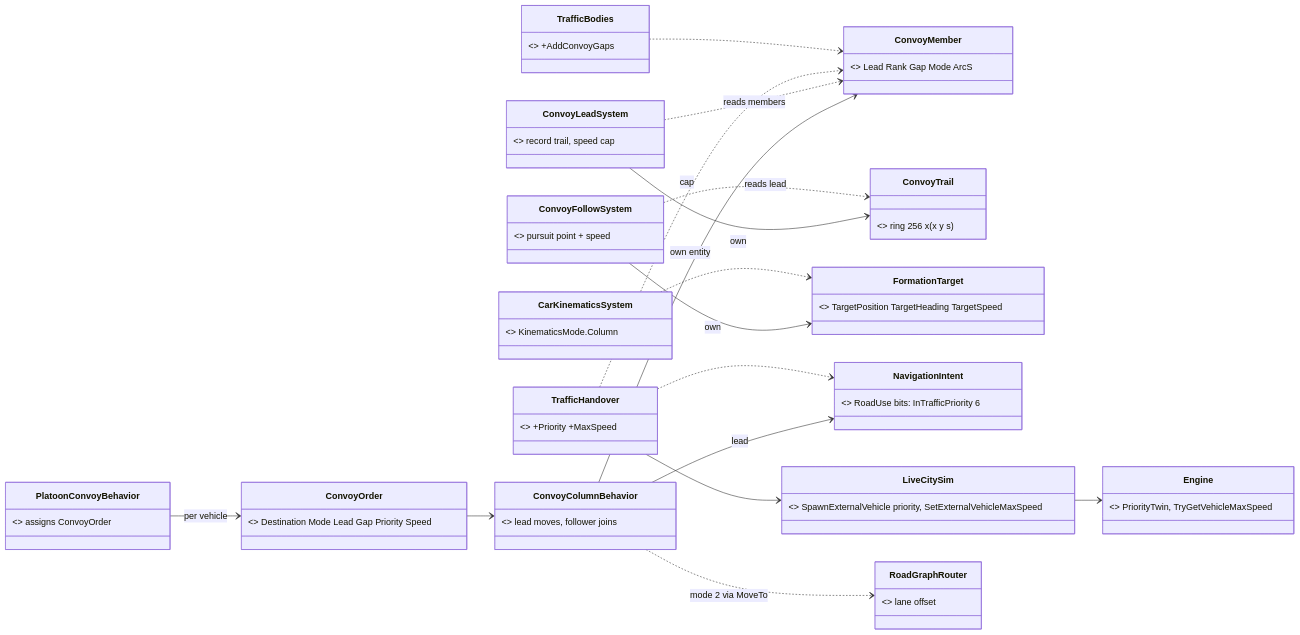
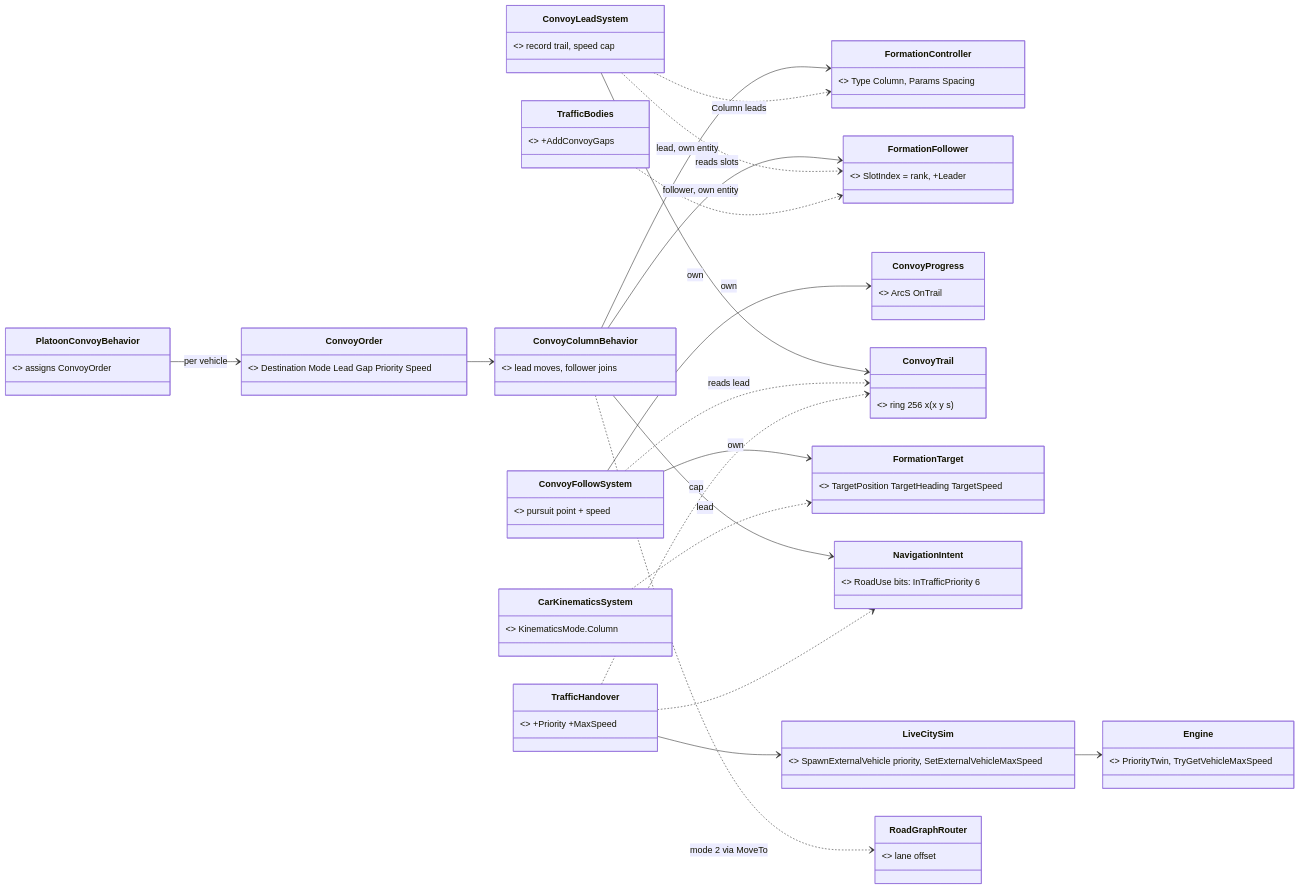
The first of 4 diagrams in docs/designs/vehicle-tactics/DESIGN_Road_Convoy.md (pjanec/HROT), drawn with Mermaid before and after one commit. The commit also changed other lines of this file and 19 other files, not shown here.

````diff
--- a/docs/designs/vehicle-tactics/DESIGN_Road_Convoy.md
+++ b/docs/designs/vehicle-tactics/DESIGN_Road_Convoy.md
@@ -95,34 +97,39 @@
 ```mermaid
 classDiagram
   direction LR
   class ConvoyOrder { <<NEW DTO>> Destination Mode Lead Gap Priority Speed }
   class ConvoyColumnBehavior { <<NEW behaviour, per vehicle>> lead moves, follower joins }
-  class ConvoyMember { <<NEW comp 108, wire 198>> Lead Rank Gap Mode ArcS }
+  class FormationController { <<existing, lead, wire 198>> Type Column, Params Spacing }
+  class FormationFollower { <<existing, grows, wire 199>> SlotIndex = rank, +Leader }
+  class ConvoyProgress { <<NEW comp 157, local>> ArcS OnTrail }
   class ConvoyTrail { <<NEW comp 109, local, recorded>> ring 256 x (x y s) }
   class ConvoyLeadSystem { <<NEW Simulation, per lead>> record trail, speed cap }
   class ConvoyFollowSystem { <<NEW Simulation, per follower>> pursuit point + speed }
   class FormationTarget { <<existing>> TargetPosition TargetHeading TargetSpeed }
   class CarKinematicsSystem { <<existing, grows>> KinematicsMode.Column }
   class NavigationIntent { <<existing>> RoadUse bits: InTrafficPriority 6 }
   class TrafficHandover { <<existing, grows>> +Priority +MaxSpeed }
   class TrafficBodies { <<existing, grows>> +AddConvoyGaps }
   class LiveCitySim { <<SumoSharp, grows H17>> SpawnExternalVehicle priority, SetExternalVehicleMaxSpeed }
   class Engine { <<SumoSharp, grows H17>> PriorityTwin, TryGetVehicleMaxSpeed }
   class PlatoonConvoyBehavior { <<existing, grows>> assigns ConvoyOrder }
   class RoadGraphRouter { <<existing, grows>> lane offset }
   ConvoyOrder --> ConvoyColumnBehavior
   PlatoonConvoyBehavior --> ConvoyOrder : per vehicle
-  ConvoyColumnBehavior --> ConvoyMember : own entity
+  ConvoyColumnBehavior --> FormationController : lead, own entity
+  ConvoyColumnBehavior --> FormationFollower : follower, own entity
   ConvoyColumnBehavior --> NavigationIntent : lead
   ConvoyLeadSystem --> ConvoyTrail : own
-  ConvoyLeadSystem ..> ConvoyMember : reads members
+  ConvoyLeadSystem ..> FormationController : Column leads
+  ConvoyLeadSystem ..> FormationFollower : reads slots
+  ConvoyFollowSystem --> ConvoyProgress : own
   ConvoyFollowSystem ..> ConvoyTrail : reads lead
   ConvoyFollowSystem --> FormationTarget : own
   CarKinematicsSystem ..> FormationTarget
   TrafficHandover ..> NavigationIntent
-  TrafficHandover ..> ConvoyMember : cap
+  TrafficHandover ..> ConvoyTrail : cap
   TrafficHandover --> LiveCitySim
-  TrafficBodies ..> ConvoyMember
+  TrafficBodies ..> FormationFollower
   LiveCitySim --> Engine
   ConvoyColumnBehavior ..> RoadGraphRouter : mode 2 via MoveTo
 ```
````
